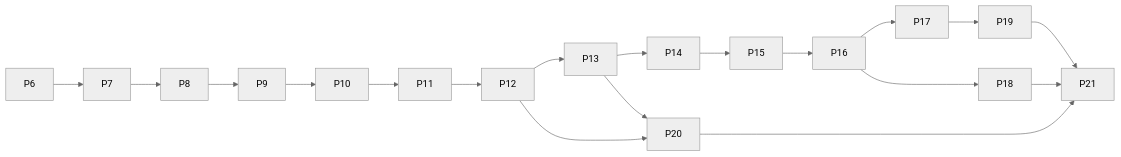
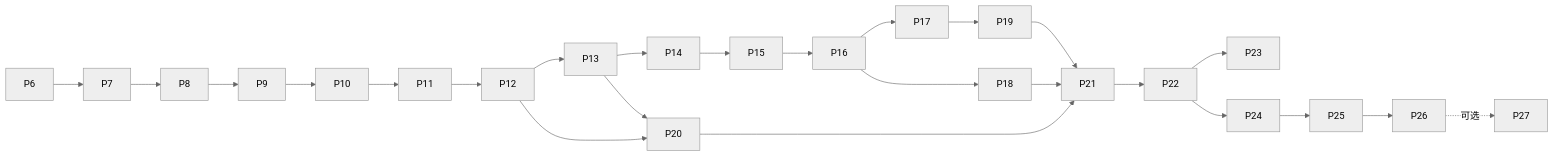
One commit to tiny-playworks/game-hub changed the diagram in docs/roadmap/README.md. Above: the diagram before and after it, drawn with Mermaid (neutral theme). The commit also changed other lines of this file and 6 other files, not shown here.

First line of the commit message:
docs: update roadmap with fourth phase planning and feature details

````diff
--- a/docs/roadmap/README.md
+++ b/docs/roadmap/README.md
@@ -57,12 +83,17 @@
 ```mermaid
 graph LR
   P6 --> P7 --> P8 --> P9 --> P10 --> P11 --> P12 --> P13 --> P14 --> P15 --> P16
   P16 --> P17
   P16 --> P18
   P17 --> P19
   P12 --> P20
   P13 --> P20
   P18 --> P21
   P19 --> P21
   P20 --> P21
+  P21 --> P22
+  P22 --> P23
+  P22 --> P24
+  P24 --> P25 --> P26
+  P26 -.->|"可选"| P27
 ```
````
